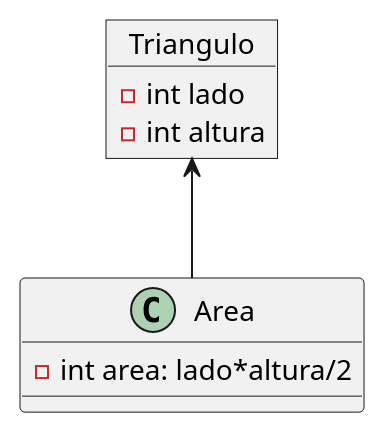
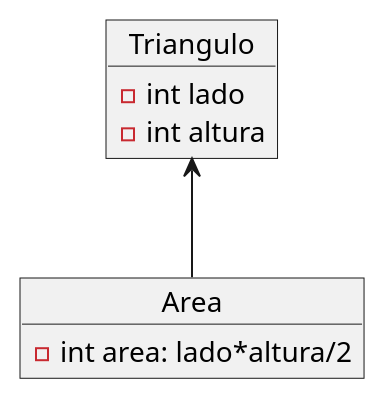
Before and after one commit to mgonzalz/introduccion_algoritmia: the diagram in ejercicio10/ejercicio10_1.puml, drawn with PlantUML. The commit also changed other lines of this file, not shown here.

```diff
--- a/ejercicio10/ejercicio10_1.puml
+++ b/ejercicio10/ejercicio10_1.puml
@@ -1,10 +1,10 @@
 @startuml
 object Triangulo{
     -int lado
     -int altura
 }
-Triangulo <-- Area
 object Area{
     -int area: lado*altura/2
 }
+Triangulo <-- Area
 @enduml
```
